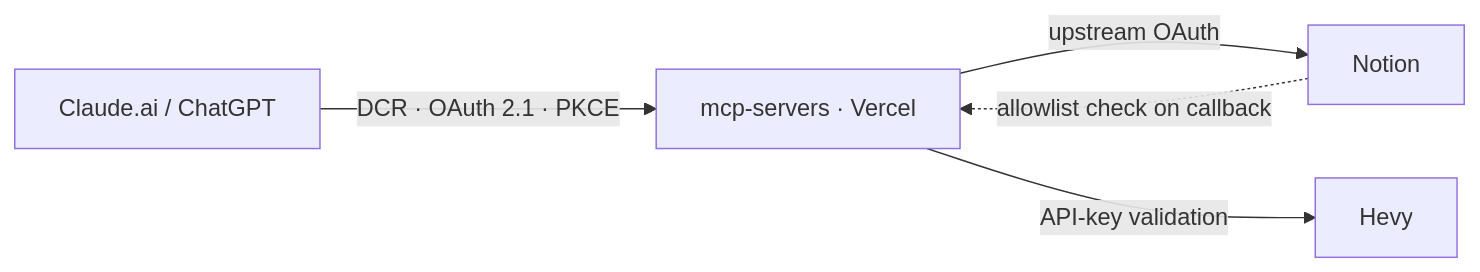
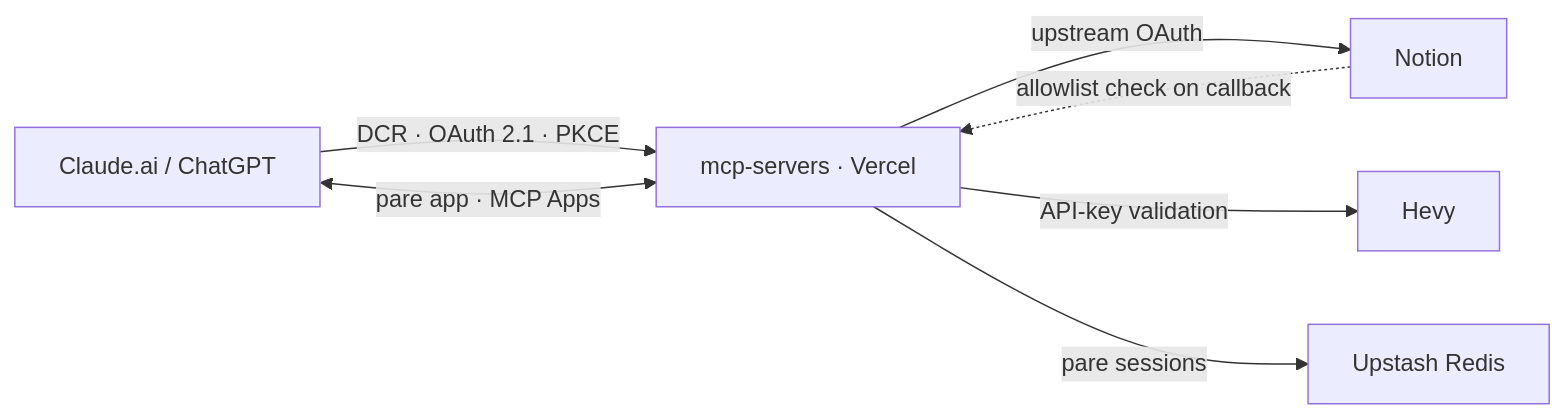
Before and after one commit to kincaidoneil/mcp-servers: the diagram in README.md, drawn with Mermaid. The commit also changed other lines of this file and 48 other files, not shown here.

First line of the commit message:
Add pare, a card-stack triage MCP app at /pare

````diff
--- a/README.md
+++ b/README.md
@@ -64,12 +99,15 @@
 ```mermaid
 flowchart LR
     client["Claude.ai / ChatGPT"]
     bridge["mcp-servers · Vercel"]
     notion["Notion"]
     hevy["Hevy"]
+    redis["Upstash Redis"]
 
     client -->|"DCR · OAuth 2.1 · PKCE"| bridge
+    client <-->|"pare app · MCP Apps"| bridge
     bridge -->|"upstream OAuth"| notion
     notion -.->|"allowlist check on callback"| bridge
     bridge -->|"API-key validation"| hevy
+    bridge -->|"pare sessions"| redis
 ```
````
